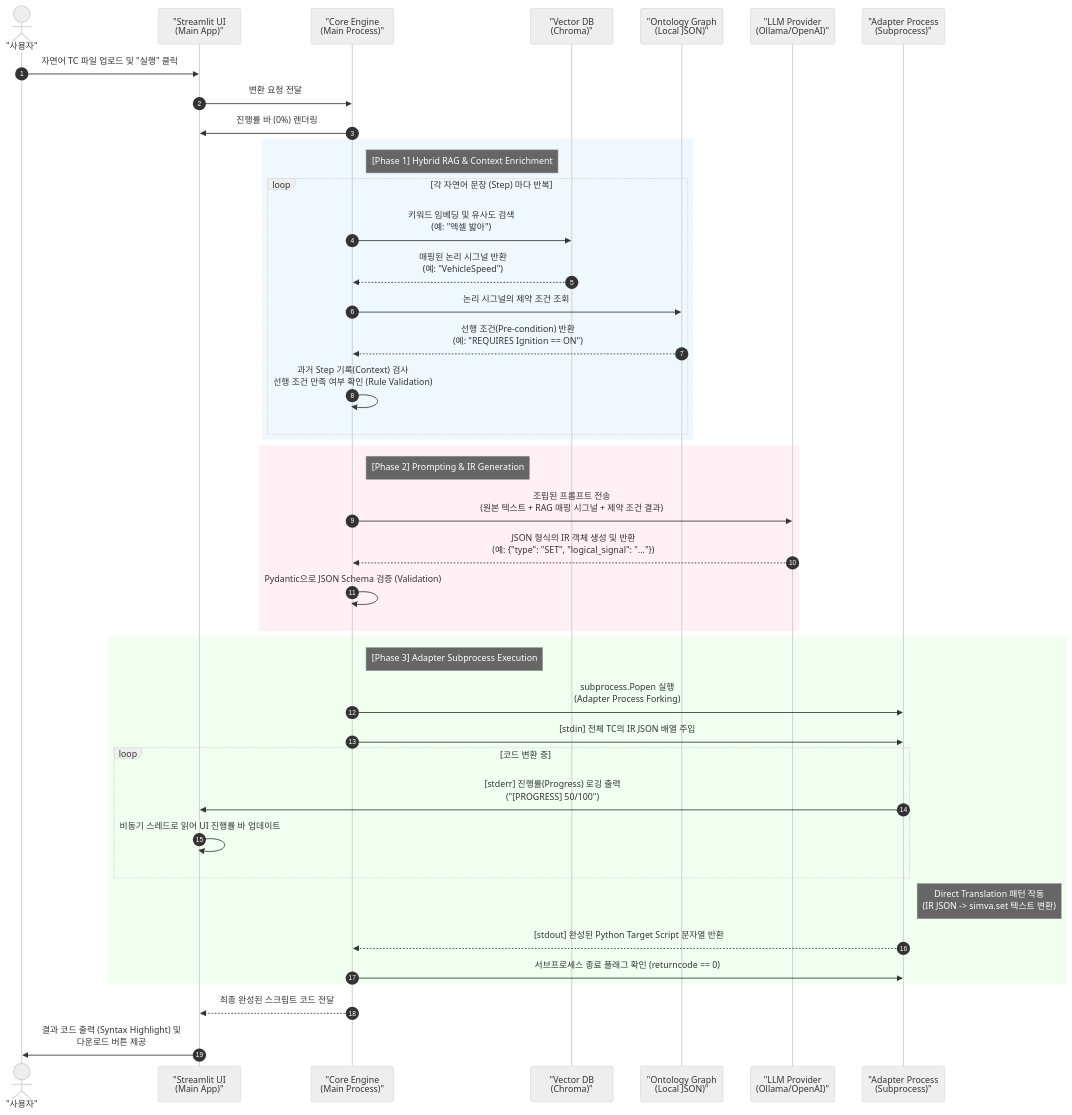
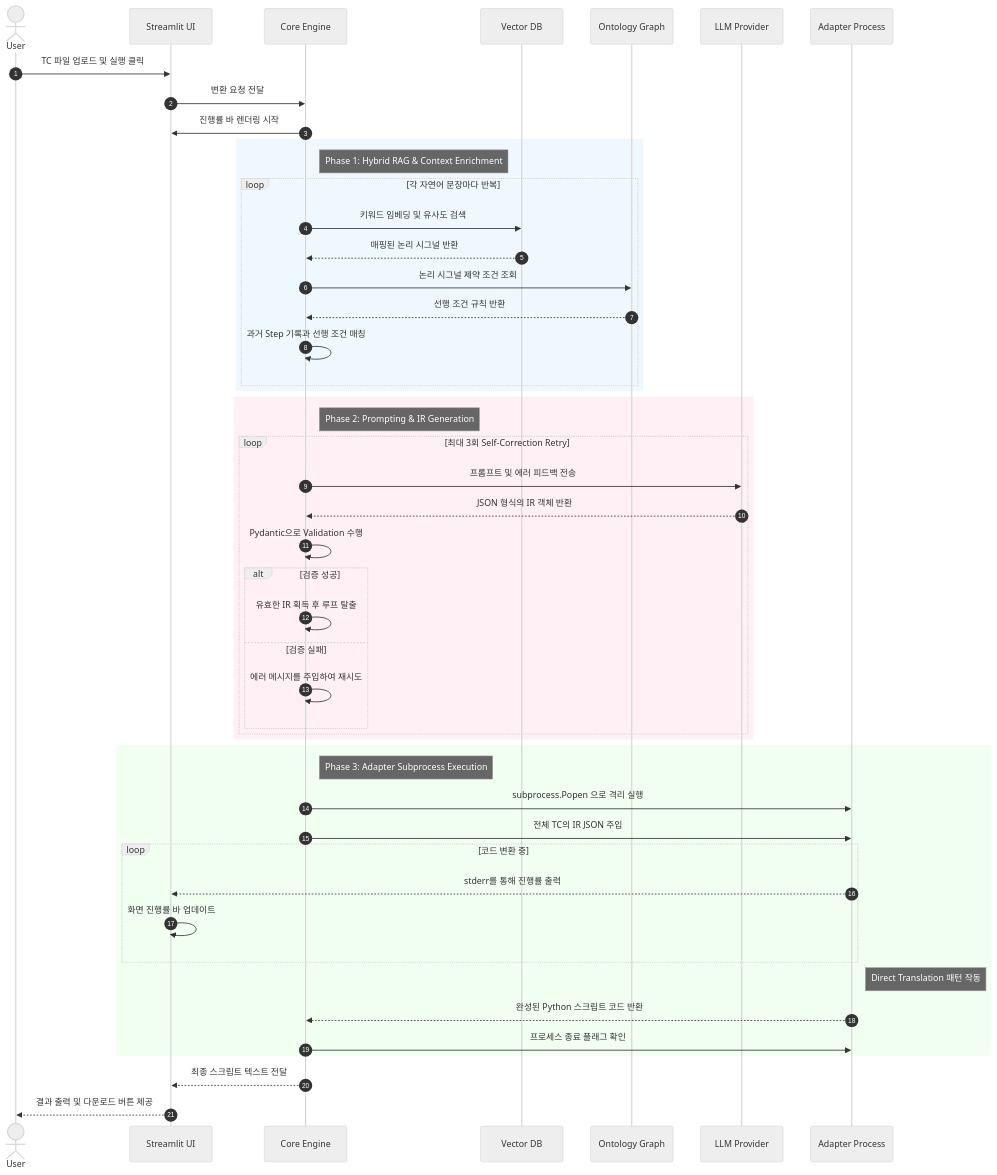
Before and after one commit to yuntnwls/testcase-generator: the diagram in docs/02_design/sequence_diagram.md, drawn with Mermaid (neutral theme). The commit also changed 52 other files, not shown here.

````diff
--- a/docs/02_design/sequence_diagram.md
+++ b/docs/02_design/sequence_diagram.md
@@ -11,57 +11,65 @@
 ```mermaid
 sequenceDiagram
     autonumber
     
-    actor User as "사용자"
-    participant UI as "Streamlit UI <br/> (Main App)"
-    participant Core as "Core Engine <br/> (Main Process)"
-    participant VectorDB as "Vector DB <br/> (Chroma)"
-    participant Ontology as "Ontology Graph <br/> (Local JSON)"
-    participant LLM as "LLM Provider <br/> (Ollama/OpenAI)"
-    participant Adapter as "Adapter Process <br/> (Subprocess)"
+    actor User
+    participant UI as Streamlit UI
+    participant Core as Core Engine
+    participant VectorDB as Vector DB
+    participant Ontology as Ontology Graph
+    participant LLM as LLM Provider
+    participant Adapter as Adapter Process
     
-    User->>UI: 자연어 TC 파일 업로드 및 "실행" 클릭
+    User->>UI: TC 파일 업로드 및 실행 클릭
     UI->>Core: 변환 요청 전달
-    Core->>UI: 진행률 바 (0%) 렌더링
+    Core->>UI: 진행률 바 렌더링 시작
     
     rect rgb(240, 248, 255)
-        Note right of Core: [Phase 1] Hybrid RAG & Context Enrichment
-        loop 각 자연어 문장 (Step) 마다 반복
-            Core->>VectorDB: 키워드 임베딩 및 유사도 검색 <br/> (예: "엑셀 밟아")
-            VectorDB-->>Core: 매핑된 논리 시그널 반환 <br/> (예: "VehicleSpeed")
+        Note right of Core: Phase 1: Hybrid RAG & Context Enrichment
+        loop 각 자연어 문장마다 반복
+            Core->>VectorDB: 키워드 임베딩 및 유사도 검색
+            VectorDB-->>Core: 매핑된 논리 시그널 반환
             
-            Core->>Ontology: 논리 시그널의 제약 조건 조회
-            Ontology-->>Core: 선행 조건(Pre-condition) 반환 <br/> (예: "REQUIRES Ignition == ON")
+            Core->>Ontology: 논리 시그널 제약 조건 조회
+            Ontology-->>Core: 선행 조건 규칙 반환
             
-            Core->>Core: 과거 Step 기록(Context) 검사 <br/> 선행 조건 만족 여부 확인 (Rule Validation)
+            Core->>Core: 과거 Step 기록과 선행 조건 매칭
         end
     end
     
     rect rgb(255, 240, 245)
-        Note right of Core: [Phase 2] Prompting & IR Generation
-        Core->>LLM: 조립된 프롬프트 전송 <br/> (원본 텍스트 + RAG 매핑 시그널 + 제약 조건 결과)
-        LLM-->>Core: JSON 형식의 IR 객체 생성 및 반환 <br/> (예: {"type": "SET", "logical_signal": "..."})
+        Note right of Core: Phase 2: Prompting & IR Generation
         
-        Core->>Core: Pydantic으로 JSON Schema 검증 (Validation)
+        loop 최대 3회 Self-Correction Retry
+            Core->>LLM: 프롬프트 및 에러 피드백 전송
+            LLM-->>Core: JSON 형식의 IR 객체 반환
+            
+            Core->>Core: Pydantic으로 Validation 수행
+            alt 검증 성공
+                Core->>Core: 유효한 IR 획득 후 루프 탈출
+            else 검증 실패
+                Core->>Core: 에러 메시지를 주입하여 재시도
+            end
+        end
     end
     
     rect rgb(240, 255, 240)
-        Note right of Core: [Phase 3] Adapter Subprocess Execution
-        Core->>Adapter: subprocess.Popen 실행 <br/> (Adapter Process Forking)
+        Note right of Core: Phase 3: Adapter Subprocess Execution
+        Core->>Adapter: subprocess.Popen 으로 격리 실행
         
-        Core->>Adapter: [stdin] 전체 TC의 IR JSON 배열 주입
+        Core->>Adapter: 전체 TC의 IR JSON 주입
         
         loop 코드 변환 중
-            Adapter->>UI: [stderr] 진행률(Progress) 로깅 출력 <br/> ("[PROGRESS] 50/100")
-            UI->>UI: 비동기 스레드로 읽어 UI 진행률 바 업데이트 
+            Adapter-->>UI: stderr를 통해 진행률 출력
+            UI->>UI: 화면 진행률 바 업데이트 
         end
         
-        Note right of Adapter: Direct Translation 패턴 작동 <br/> (IR JSON -> simva.set 텍스트 변환)
+        Note right of Adapter: Direct Translation 패턴 작동
         
-        Adapter-->>Core: [stdout] 완성된 Python Target Script 문자열 반환
-        Core->>Adapter: 서브프로세스 종료 플래그 확인 (returncode == 0)
+        Adapter-->>Core: 완성된 Python 스크립트 코드 반환
+        Core->>Adapter: 프로세스 종료 플래그 확인
     end
     
-    Core-->>UI: 최종 완성된 스크립트 코드 전달
-    UI->>User: 결과 코드 출력 (Syntax Highlight) 및 <br/> 다운로드 버튼 제공
+    Core-->>UI: 최종 스크립트 텍스트 전달
+    UI-->>User: 결과 출력 및 다운로드 버튼 제공
 ```
````
